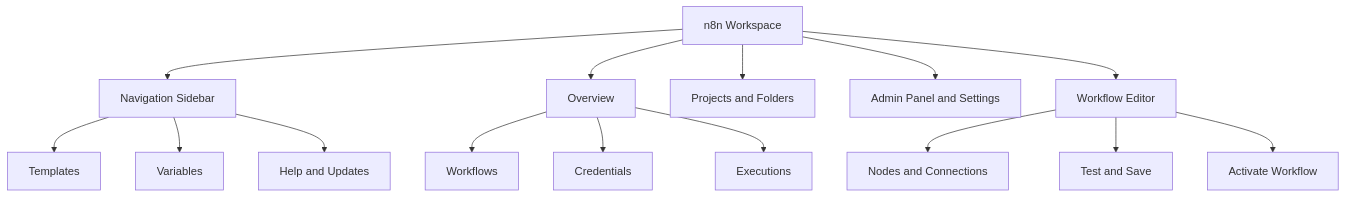
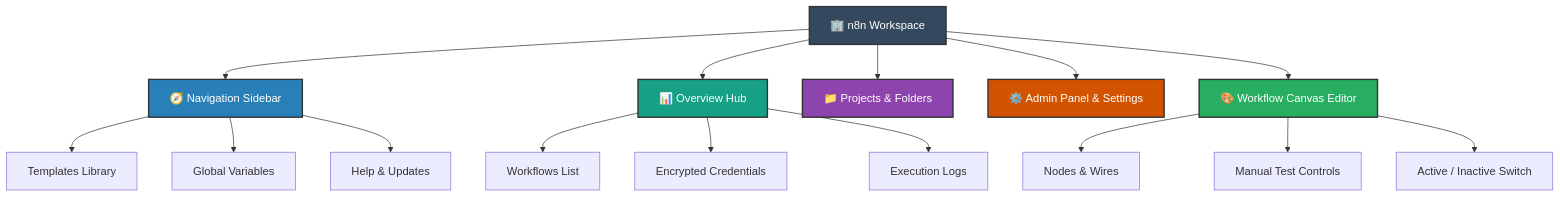
The first of 5 diagrams in 2_getting started/03_Interface.md (shashilabs-io/n8n-docs), drawn with Mermaid before and after one commit. The commit also changed other lines of this file and 31 other files, not shown here.

````diff
--- a/2_getting started/03_Interface.md
+++ b/2_getting started/03_Interface.md
@@ -19,17 +30,27 @@
 ```mermaid
 flowchart TD
-    A[n8n Workspace] --> B[Navigation Sidebar]
-    A --> C[Overview]
-    A --> D[Projects and Folders]
-    A --> E[Admin Panel and Settings]
-    A --> F[Workflow Editor]
-    B --> G[Templates]
-    B --> H[Variables]
-    B --> I[Help and Updates]
-    C --> J[Workflows]
-    C --> K[Credentials]
-    C --> L[Executions]
-    F --> M[Nodes and Connections]
-    F --> N[Test and Save]
-    F --> O[Activate Workflow]
+    A["🏢 n8n Workspace"] --> B["🧭 Navigation Sidebar"]
+    A --> C["📊 Overview Hub"]
+    A --> D["📁 Projects & Folders"]
+    A --> E["⚙️ Admin Panel & Settings"]
+    A --> F["🎨 Workflow Canvas Editor"]
+    
+    B --> G["Templates Library"]
+    B --> H["Global Variables"]
+    B --> I["Help & Updates"]
+    
+    C --> J["Workflows List"]
+    C --> K["Encrypted Credentials"]
+    C --> L["Execution Logs"]
+    
+    F --> M["Nodes & Wires"]
+    F --> N["Manual Test Controls"]
+    F --> O["Active / Inactive Switch"]
+
+    style A fill:#34495E,stroke:#333,stroke-width:2px,color:#fff
+    style B fill:#2980B9,stroke:#333,stroke-width:2px,color:#fff
+    style C fill:#16A085,stroke:#333,stroke-width:2px,color:#fff
+    style D fill:#8E44AD,stroke:#333,stroke-width:2px,color:#fff
+    style E fill:#D35400,stroke:#333,stroke-width:2px,color:#fff
+    style F fill:#27AE60,stroke:#333,stroke-width:2px,color:#fff
 ```
````
